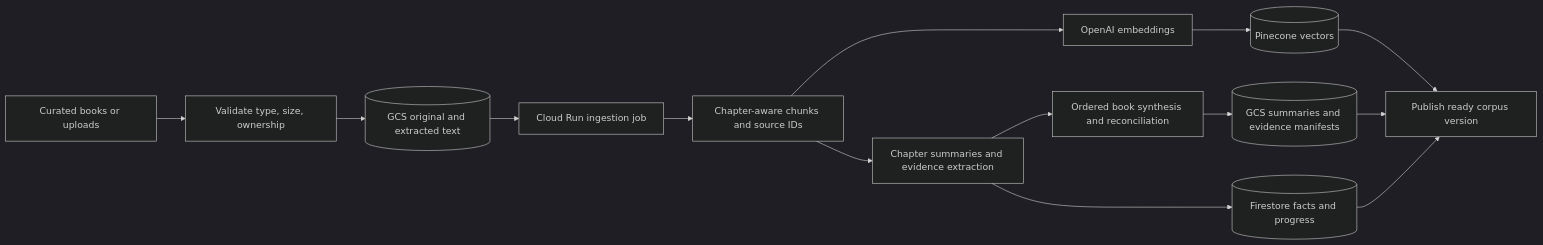
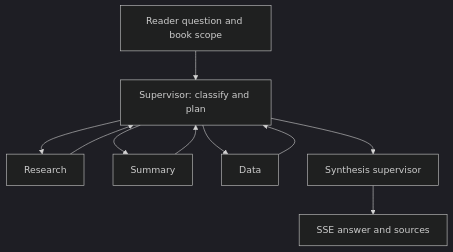
Before and after one commit to Arya-Wadhwani07/book_reader: the first of 4 diagrams in docs/architecture.md, drawn with Mermaid (dark theme). The commit also changed other lines of this file and 44 other files, not shown here.

Commit message:
Implement book companion agents, durable cloud services, and release tests

````diff
--- a/docs/architecture.md
+++ b/docs/architecture.md
@@ -39,16 +7,12 @@
 ```mermaid
-flowchart LR
-    B[Curated books or uploads] --> V[Validate type, size, ownership]
-    V --> G[(GCS original and extracted text)]
-    G --> J[Cloud Run ingestion job]
-    J --> C[Chapter-aware chunks and source IDs]
-    C --> E[OpenAI embeddings]
-    E --> P[(Pinecone vectors)]
-    C --> H[Chapter summaries and evidence extraction]
-    H --> R[Ordered book synthesis and reconciliation]
-    H --> F[(Firestore facts and progress)]
-    R --> S[(GCS summaries and evidence manifests)]
-    P --> Q[Publish ready corpus version]
-    S --> Q
-    F --> Q
+flowchart TD
+    Q[Reader question and book scope] --> S[Supervisor: classify and plan]
+    S --> R[Research]
+    S --> M[Summary]
+    S --> D[Data]
+    R --> S
+    M --> S
+    D --> S
+    S --> F[Synthesis supervisor]
+    F --> O[SSE answer and sources]
 ```
````
